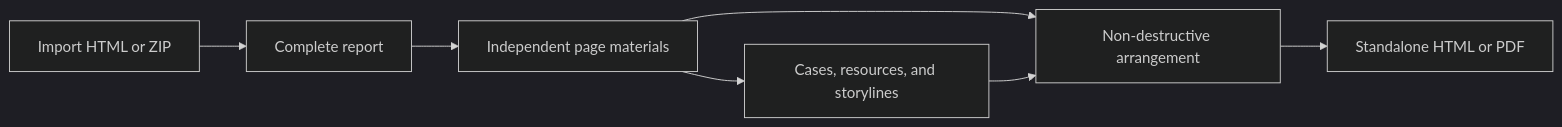
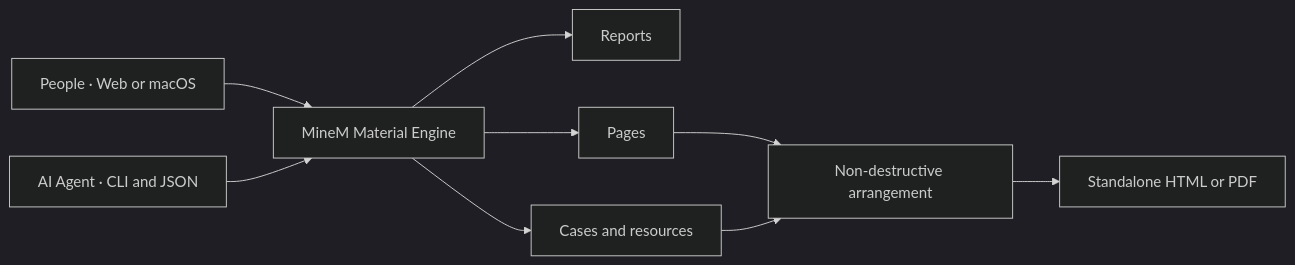
The diagram in README.md (Jo-Tsu/minem), drawn with Mermaid (dark theme) before and after one commit. The commit also changed other lines of this file and 5 other files, not shown here.

````diff
--- a/README.md
+++ b/README.md
@@ -28,9 +30,11 @@
 ```mermaid
 flowchart LR
-    A["Import HTML or ZIP"] --> B["Complete report"]
-    B --> C["Independent page materials"]
-    C --> D["Cases, resources, and storylines"]
-    C --> E["Non-destructive arrangement"]
-    D --> E
+    H["People · Web or macOS"] --> M["MineM Material Engine"]
+    A["AI Agent · CLI and JSON"] --> M
+    M --> R["Reports"]
+    M --> P["Pages"]
+    M --> C["Cases and resources"]
+    P --> E["Non-destructive arrangement"]
+    C --> E
     E --> F["Standalone HTML or PDF"]
 ```
````
